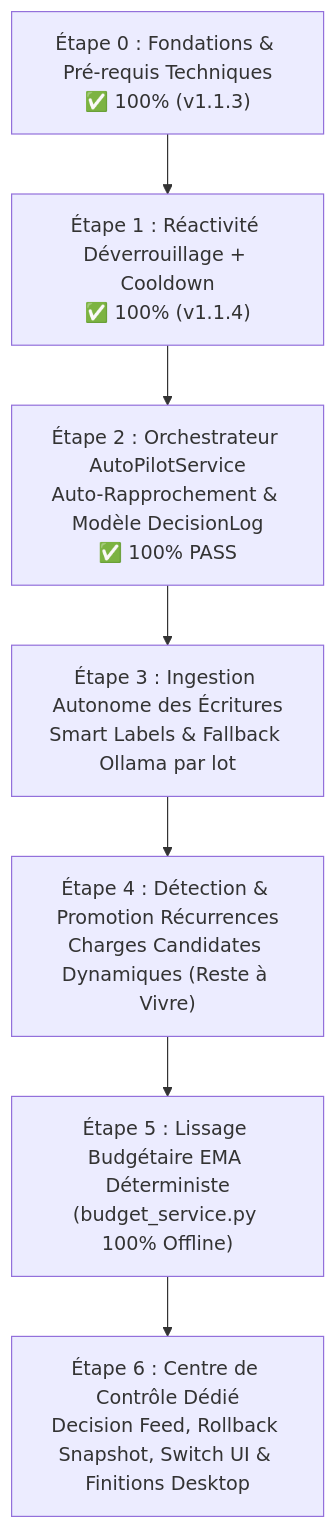
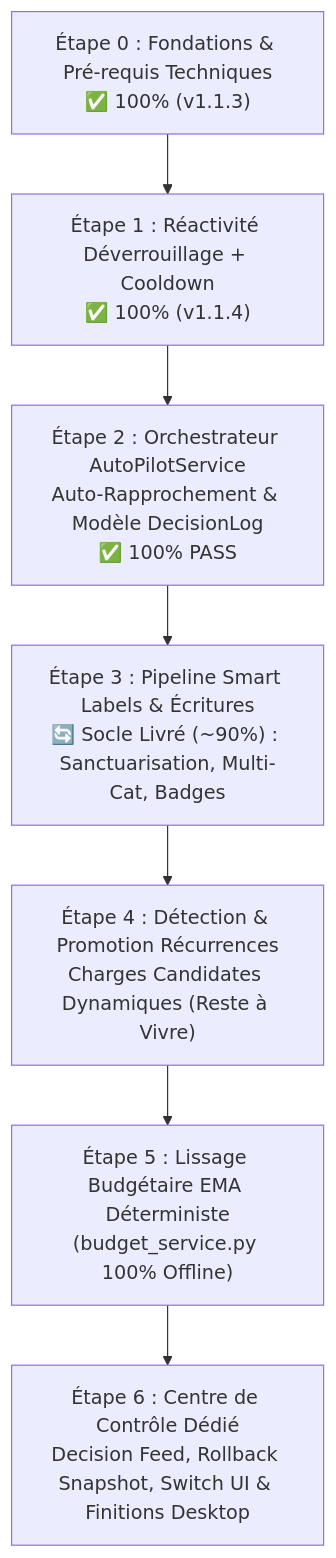
Before and after one commit to Aschefr/OmniBank-Local: the diagram in docs/AUTO_PILOT_ROADMAP.md, drawn with Mermaid. The commit also changed other lines of this file and 21 other files, not shown here.

Commit message:
feat: smart label reliability, reversible rules, review badges, and ollama batch fallback (T3.10)

````diff
--- a/docs/AUTO_PILOT_ROADMAP.md
+++ b/docs/AUTO_PILOT_ROADMAP.md
@@ -452,9 +461,9 @@
 ```mermaid
 graph TD
     Z["Étape 0 : Fondations & Pré-requis Techniques<br/>✅ 100% (v1.1.3)"] --> A["Étape 1 : Réactivité Déverrouillage + Cooldown<br/>✅ 100% (v1.1.4)"]
     A --> B["Étape 2 : Orchestrateur AutoPilotService<br/>Auto-Rapprochement & Modèle DecisionLog<br/>✅ 100% PASS"]
-    B --> C["Étape 3 : Ingestion Autonome des Écritures<br/>Smart Labels & Fallback Ollama par lot"]
+    B --> C["Étape 3 : Pipeline Smart Labels & Écritures<br/>🔄 Socle Livré (~90%) : Sanctuarisation, Multi-Cat, Badges"]
     C --> D["Étape 4 : Détection & Promotion Récurrences<br/>Charges Candidates Dynamiques (Reste à Vivre)"]
     D --> E["Étape 5 : Lissage Budgétaire EMA Déterministe<br/>(budget_service.py 100% Offline)"]
     E --> F["Étape 6 : Centre de Contrôle Dédié<br/>Decision Feed, Rollback Snapshot, Switch UI & Finitions Desktop"]
 ```
````
